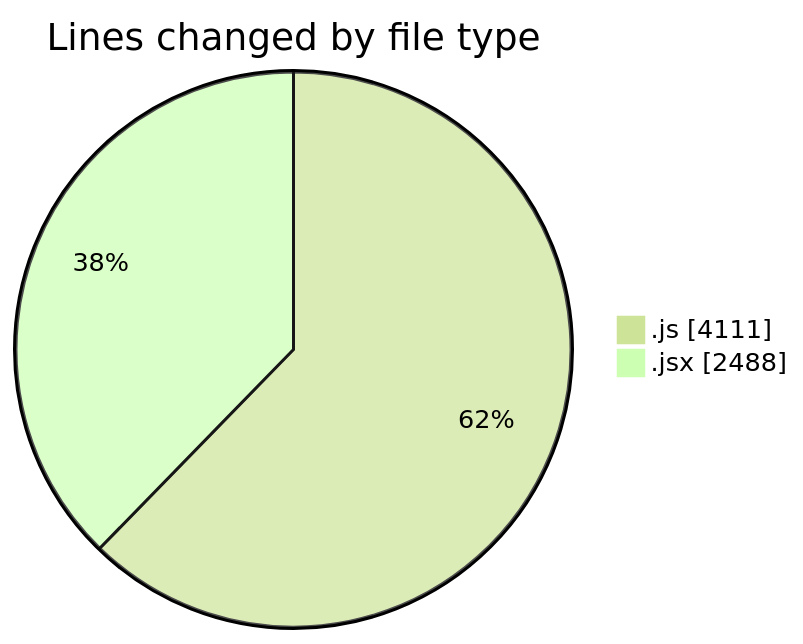
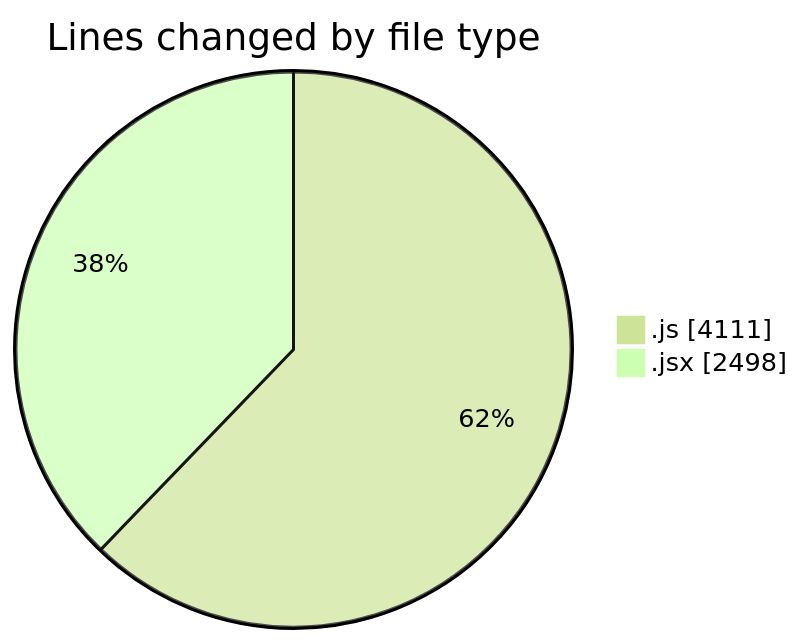
The first of 2 diagrams in 2025-08-13/nxtqube_webapp/README.md (nxtqubesakshisongat/code-tracking), drawn with Mermaid (forest theme) before and after one commit. The commit also changed other lines of this file and 1 other file, not shown here.

````diff
--- a/2025-08-13/nxtqube_webapp/README.md
+++ b/2025-08-13/nxtqube_webapp/README.md
@@ -24,6 +24,6 @@
 ```mermaid
 pie showData
 title Lines changed by file type
 ".js" : 4111
-".jsx" : 2488
+".jsx" : 2498
 ```
````
